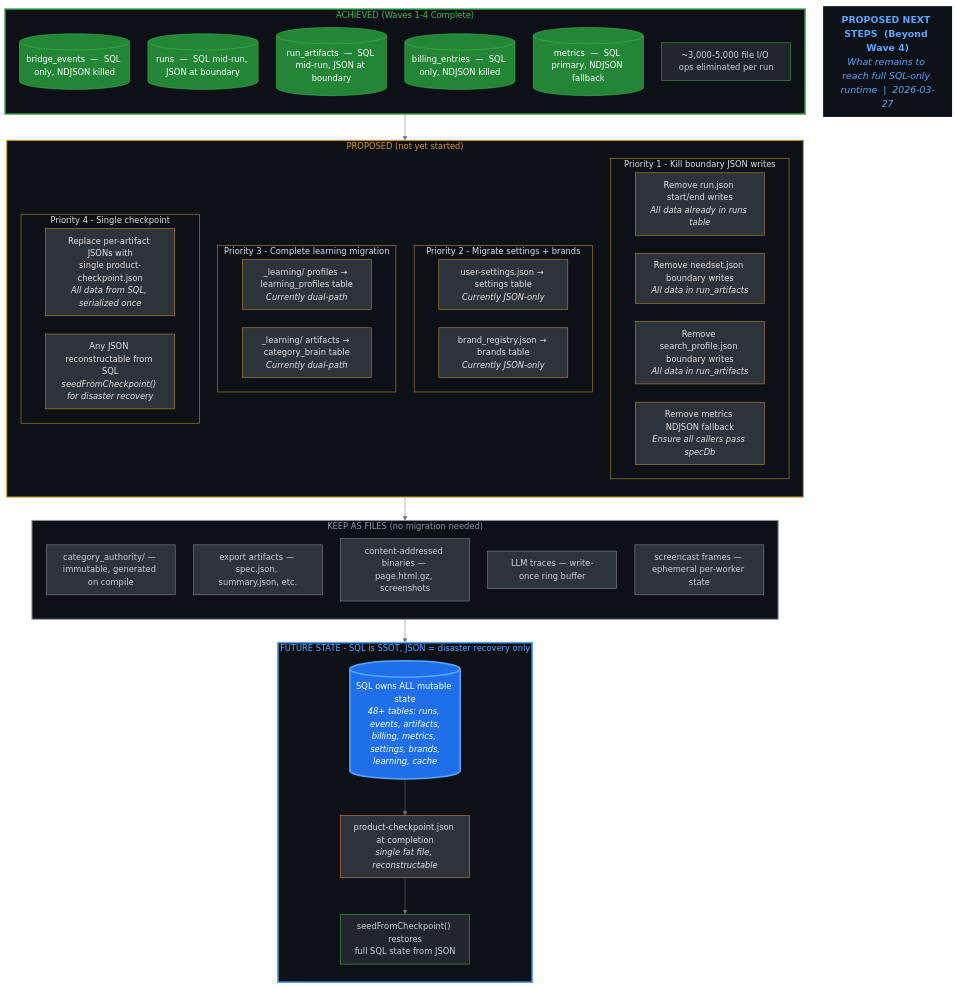
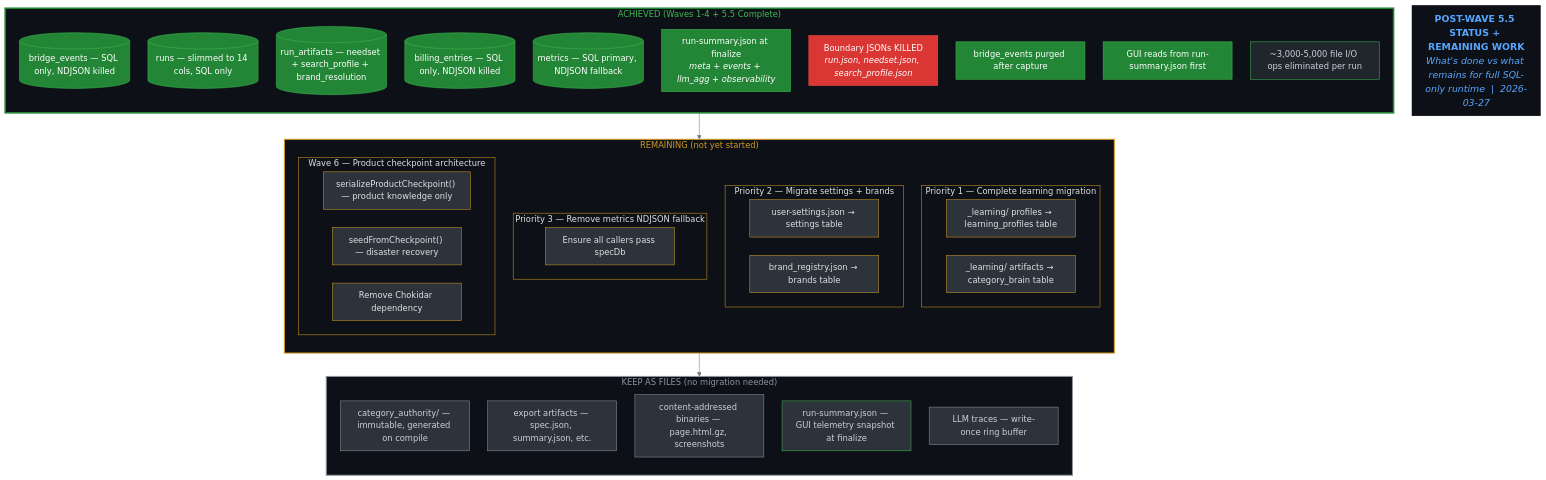
Before and after one commit to CdubVentures/Spec-Factory: the diagram in docs/implementation/sql-full-migration/PROPOSED-SIMPLIFIED-FLOW.mmd, drawn with Mermaid. The commit also changed 145 other files, not shown here.

```diff
--- a/docs/implementation/sql-full-migration/PROPOSED-SIMPLIFIED-FLOW.mmd
+++ b/docs/implementation/sql-full-migration/PROPOSED-SIMPLIFIED-FLOW.mmd
@@ -1,117 +1,107 @@
 %%{init: {
   "theme": "base",
   "themeVariables": {
     "fontSize": "16px",
     "primaryTextColor": "#e0e0e0",
     "lineColor": "#6c757d",
     "background": "#0d1117",
     "mainBkg": "#161b22",
     "clusterBkg": "#161b22",
     "clusterBorder": "#30363d",
     "edgeLabelBackground": "#0d1117",
     "nodeTextColor": "#e0e0e0"
   },
   "flowchart": {
     "nodeSpacing": 35,
     "rankSpacing": 45,
     "curve": "basis",
     "padding": 12
   }
 }}%%
 
 flowchart TB
 
-  title["<b>PROPOSED NEXT STEPS  (Beyond Wave 4)</b><br/><i>What remains to reach full SQL-only runtime  |  2026-03-27</i>"]
+  title["<b>POST-WAVE 5.5 STATUS + REMAINING WORK</b><br/><i>What's done vs what remains for full SQL-only runtime  |  2026-03-27</i>"]
   style title fill:#0d1117,stroke:none,color:#58a6ff,font-size:18px
 
-  %% ===== ACHIEVED (Waves 1-4) =====
-  subgraph ACHIEVED["ACHIEVED  (Waves 1-4 Complete)"]
+  %% ===== ACHIEVED (Waves 1-4 + 5.5) =====
+  subgraph ACHIEVED["ACHIEVED  (Waves 1-4 + 5.5 Complete)"]
     direction TB
-
-    a1[("bridge_events  —  SQL only, NDJSON killed")]
-    a2[("runs  —  SQL mid-run, JSON at boundary")]
-    a3[("run_artifacts  —  SQL mid-run, JSON at boundary")]
-    a4[("billing_entries  —  SQL only, NDJSON killed")]
-    a5[("metrics  —  SQL primary, NDJSON fallback")]
-    a6["~3,000-5,000 file I/O ops eliminated per run"]
+    a1[("bridge_events — SQL only, NDJSON killed")]
+    a2[("runs — slimmed to 14 cols, SQL only")]
+    a3[("run_artifacts — needset + search_profile + brand_resolution")]
+    a4[("billing_entries — SQL only, NDJSON killed")]
+    a5[("metrics — SQL primary, NDJSON fallback")]
+    a6["run-summary.json at finalize<br/><i>meta + events + llm_agg + observability</i>"]
+    a7["Boundary JSONs KILLED<br/><i>run.json, needset.json, search_profile.json</i>"]
+    a8["bridge_events purged after capture"]
+    a9["GUI reads from run-summary.json first"]
+    a10["~3,000-5,000 file I/O ops eliminated per run"]
   end
   style ACHIEVED fill:#0d1117,stroke:#238636,color:#3fb950,stroke-width:3px
   style a1 fill:#238636,stroke:#3fb950,color:#fff
   style a2 fill:#238636,stroke:#3fb950,color:#fff
   style a3 fill:#238636,stroke:#3fb950,color:#fff
   style a4 fill:#238636,stroke:#3fb950,color:#fff
   style a5 fill:#238636,stroke:#3fb950,color:#fff
-  style a6 fill:#21262d,stroke:#3fb950,color:#c9d1d9
+  style a6 fill:#238636,stroke:#3fb950,color:#fff
+  style a7 fill:#da3633,stroke:#f85149,color:#fff
+  style a8 fill:#238636,stroke:#3fb950,color:#fff
+  style a9 fill:#238636,stroke:#3fb950,color:#fff
+  style a10 fill:#21262d,stroke:#3fb950,color:#c9d1d9
 
-  %% ===== REMAINING PROPOSED WORK =====
-  subgraph PROPOSED["PROPOSED  (not yet started)"]
+  %% ===== REMAINING WORK =====
+  subgraph PROPOSED["REMAINING  (not yet started)"]
     direction TB
 
-    subgraph PROP_P1["Priority 1  -  Kill boundary JSON writes"]
-      prop1["Remove run.json start/end writes<br/><i>All data already in runs table</i>"]
-      prop2["Remove needset.json boundary writes<br/><i>All data in run_artifacts</i>"]
-      prop3["Remove search_profile.json boundary writes<br/><i>All data in run_artifacts</i>"]
-      prop4["Remove metrics NDJSON fallback<br/><i>Ensure all callers pass specDb</i>"]
+    subgraph PROP_P1["Priority 1 — Complete learning migration"]
+      prop1["_learning/ profiles → learning_profiles table"]
+      prop2["_learning/ artifacts → category_brain table"]
     end
 
-    subgraph PROP_P2["Priority 2  -  Migrate settings + brands"]
-      prop5["user-settings.json → settings table<br/><i>Currently JSON-only</i>"]
-      prop6["brand_registry.json → brands table<br/><i>Currently JSON-only</i>"]
+    subgraph PROP_P2["Priority 2 — Migrate settings + brands"]
+      prop3["user-settings.json → settings table"]
+      prop4["brand_registry.json → brands table"]
     end
 
-    subgraph PROP_P3["Priority 3  -  Complete learning migration"]
-      prop7["_learning/ profiles → learning_profiles table<br/><i>Currently dual-path</i>"]
-      prop8["_learning/ artifacts → category_brain table<br/><i>Currently dual-path</i>"]
+    subgraph PROP_P3["Priority 3 — Remove metrics NDJSON fallback"]
+      prop5["Ensure all callers pass specDb"]
     end
 
-    subgraph PROP_P4["Priority 4  -  Single checkpoint"]
-      prop9["Replace per-artifact JSONs with<br/>single product-checkpoint.json<br/><i>All data from SQL, serialized once</i>"]
-      prop10["Any JSON reconstructable from SQL<br/><i>seedFromCheckpoint() for disaster recovery</i>"]
+    subgraph PROP_P4["Wave 6 — Product checkpoint architecture"]
+      prop6["serializeProductCheckpoint() — product knowledge only"]
+      prop7["seedFromCheckpoint() — disaster recovery"]
+      prop8["Remove Chokidar dependency"]
     end
   end
   style PROPOSED fill:#0d1117,stroke:#d29922,color:#d29922,stroke-width:2px
   style PROP_P1 fill:#0d1117,stroke:#d29922,color:#e0e0e0
   style PROP_P2 fill:#0d1117,stroke:#d29922,color:#e0e0e0
   style PROP_P3 fill:#0d1117,stroke:#d29922,color:#e0e0e0
   style PROP_P4 fill:#0d1117,stroke:#d29922,color:#e0e0e0
   style prop1 fill:#2d333b,stroke:#d29922,color:#e0e0e0
   style prop2 fill:#2d333b,stroke:#d29922,color:#e0e0e0
   style prop3 fill:#2d333b,stroke:#d29922,color:#e0e0e0
   style prop4 fill:#2d333b,stroke:#d29922,color:#e0e0e0
   style prop5 fill:#2d333b,stroke:#d29922,color:#e0e0e0
   style prop6 fill:#2d333b,stroke:#d29922,color:#e0e0e0
   style prop7 fill:#2d333b,stroke:#d29922,color:#e0e0e0
   style prop8 fill:#2d333b,stroke:#d29922,color:#e0e0e0
-  style prop9 fill:#2d333b,stroke:#d29922,color:#e0e0e0
-  style prop10 fill:#2d333b,stroke:#d29922,color:#e0e0e0
 
   %% ===== KEEP AS FILES =====
   subgraph KEEP["KEEP AS FILES  (no migration needed)"]
     direction TB
     keep1["category_authority/ — immutable, generated on compile"]
     keep2["export artifacts — spec.json, summary.json, etc."]
     keep3["content-addressed binaries — page.html.gz, screenshots"]
-    keep4["LLM traces — write-once ring buffer"]
-    keep5["screencast frames — ephemeral per-worker state"]
+    keep4["run-summary.json — GUI telemetry snapshot at finalize"]
+    keep5["LLM traces — write-once ring buffer"]
   end
   style KEEP fill:#0d1117,stroke:#8b949e,color:#8b949e,stroke-width:2px
   style keep1 fill:#2d333b,stroke:#8b949e,color:#c9d1d9
   style keep2 fill:#2d333b,stroke:#8b949e,color:#c9d1d9
   style keep3 fill:#2d333b,stroke:#8b949e,color:#c9d1d9
-  style keep4 fill:#2d333b,stroke:#8b949e,color:#c9d1d9
+  style keep4 fill:#2d333b,stroke:#3fb950,color:#c9d1d9
   style keep5 fill:#2d333b,stroke:#8b949e,color:#c9d1d9
 
-  %% ===== FUTURE STATE =====
-  subgraph FUTURE["FUTURE STATE  -  SQL is SSOT, JSON = disaster recovery only"]
-    direction TB
-    fut_sql[("SQL owns ALL mutable state<br/><i>48+ tables: runs, events, artifacts,<br/>billing, metrics, settings, brands,<br/>learning, cache</i>")]
-    fut_json["product-checkpoint.json at completion<br/><i>single fat file, reconstructable</i>"]
-    fut_rebuild["seedFromCheckpoint() restores<br/>full SQL state from JSON"]
-    fut_sql --> fut_json --> fut_rebuild
-  end
-  style FUTURE fill:#0d1117,stroke:#58a6ff,color:#58a6ff,stroke-width:3px
-  style fut_sql fill:#1f6feb,stroke:#58a6ff,color:#fff,stroke-width:3px
-  style fut_json fill:#2d333b,stroke:#f0883e,color:#e0e0e0
-  style fut_rebuild fill:#21262d,stroke:#3fb950,color:#c9d1d9
-
-  ACHIEVED --> PROPOSED --> KEEP --> FUTURE
+  ACHIEVED --> PROPOSED --> KEEP
```
